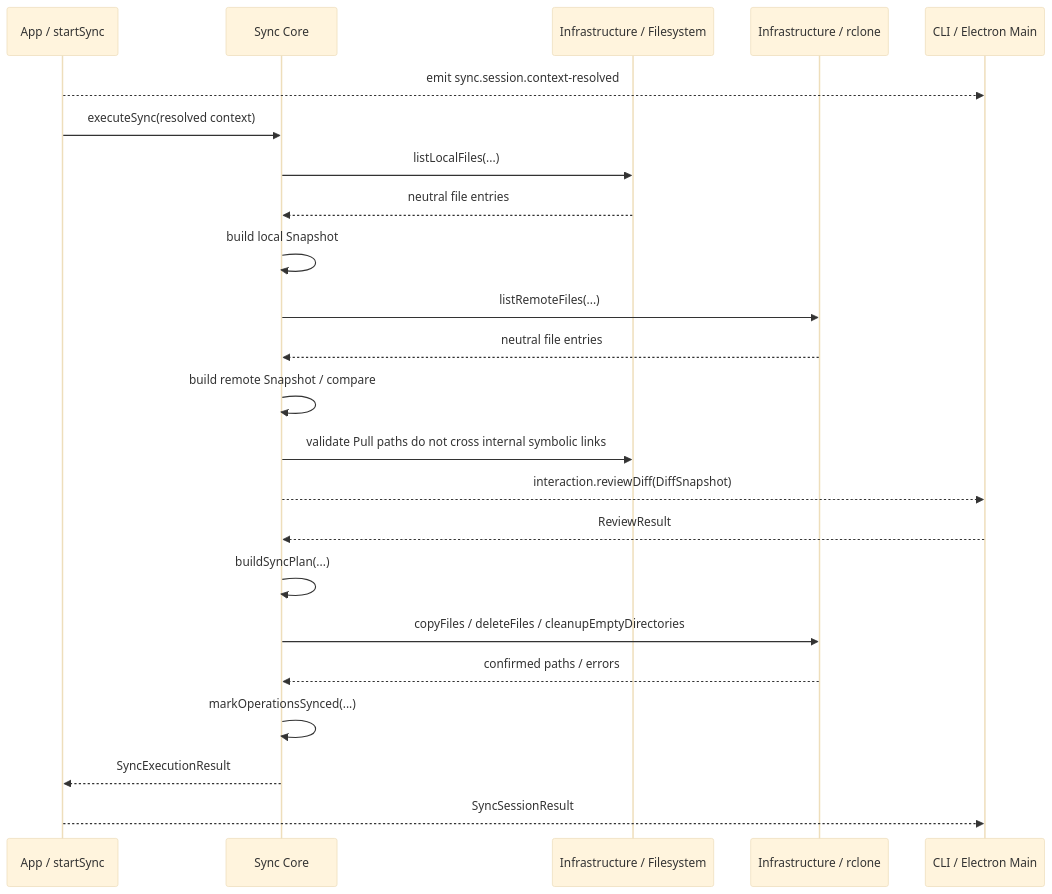
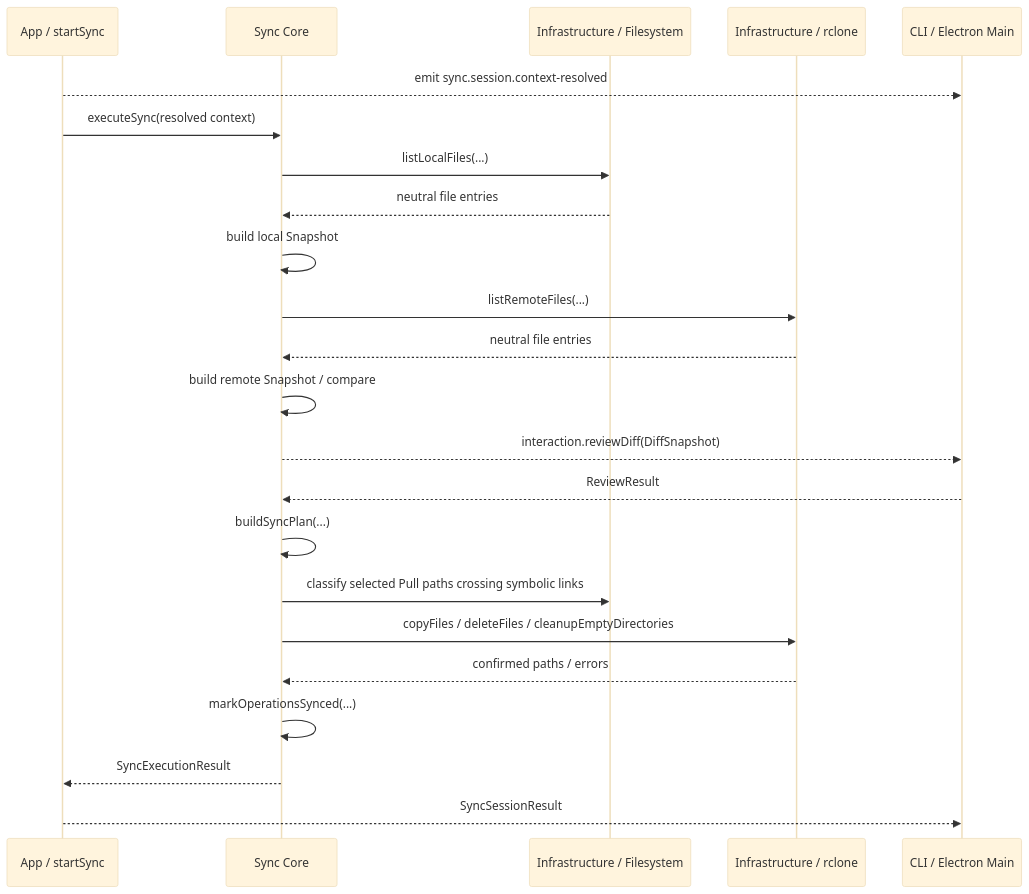
One commit to agalloch21/sync-with-rclone changed the fourth of 4 diagrams in docs/Architecture.md. Above: the diagram before and after it, drawn with Mermaid (base theme). The commit also changed other lines of this file and 78 other files, not shown here.

````diff
--- a/docs/Architecture.md
+++ b/docs/Architecture.md
@@ -829,26 +830,26 @@
 ```mermaid
 sequenceDiagram
   participant APP as App / startSync
   participant CORE as Sync Core
   participant FS as Infrastructure / Filesystem
   participant RCLONE as Infrastructure / rclone
   participant SHELL as CLI / Electron Main
 
   APP-->>SHELL: emit sync.session.context-resolved
   APP->>CORE: executeSync(resolved context)
   CORE->>FS: listLocalFiles(...)
   FS-->>CORE: neutral file entries
   CORE->>CORE: build local Snapshot
   CORE->>RCLONE: listRemoteFiles(...)
   RCLONE-->>CORE: neutral file entries
   CORE->>CORE: build remote Snapshot / compare
-  CORE->>FS: validate Pull paths do not cross internal symbolic links
   CORE-->>SHELL: interaction.reviewDiff(DiffSnapshot)
   SHELL-->>CORE: ReviewResult
   CORE->>CORE: buildSyncPlan(...)
+  CORE->>FS: classify selected Pull paths crossing symbolic links
   CORE->>RCLONE: copyFiles / deleteFiles / cleanupEmptyDirectories
   RCLONE-->>CORE: confirmed paths / errors
   CORE->>CORE: markOperationsSynced(...)
   CORE-->>APP: SyncExecutionResult
   APP-->>SHELL: SyncSessionResult
 ```
````
